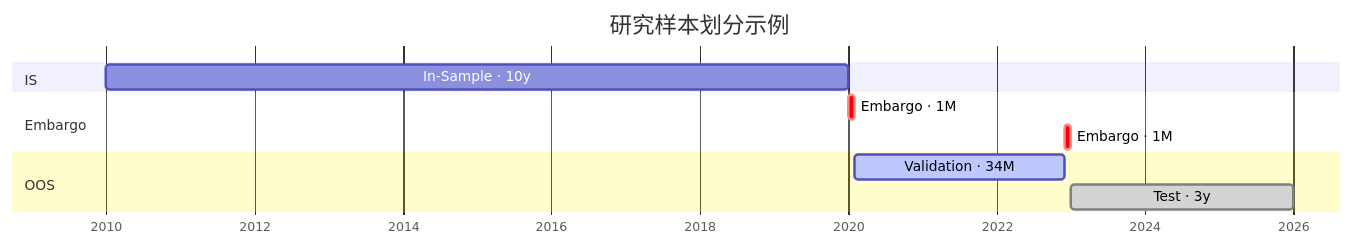
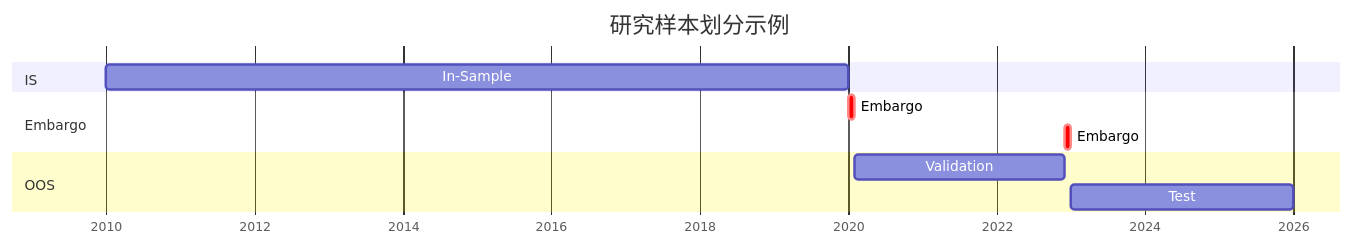
The diagram in research_spec.md (shjunz/factor-based-strategies), drawn with Mermaid before and after one commit. The commit also changed other lines of this file, not shown here.

````diff
--- a/research_spec.md
+++ b/research_spec.md
@@ -510,16 +508,16 @@
 ```mermaid
 gantt
     title 研究样本划分示例
     dateFormat YYYY-MM
     axisFormat %Y
     tickInterval 1year
 
     section IS
-    In-Sample · 10y         :is,   2010-01, 2020-01
+    In-Sample               :is,   2010-01, 2020-01
     section Embargo
-    Embargo · 1M            :crit, emb, 2020-01, 2020-02
-    Embargo · 1M            :crit, emb2, 2022-12, 2023-01
+    Embargo                 :crit, emb, 2020-01, 2020-02
+    Embargo                 :crit, emb2, 2022-12, 2023-01
     section OOS
-    Validation · 34M        :active, val, 2020-02, 2022-12
-    Test · 3y               :done, test, 2023-01, 2026-01
+    Validation              :val,  2020-02, 2022-12
+    Test                    :test,  2023-01, 2026-01
 ```
````
